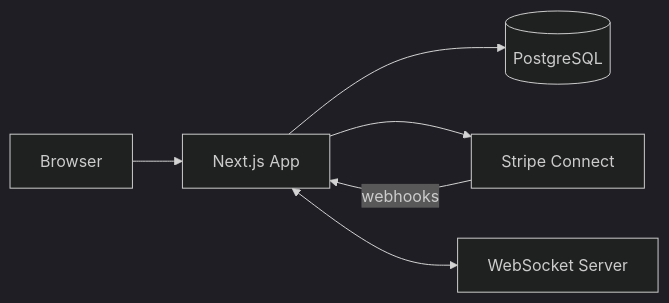
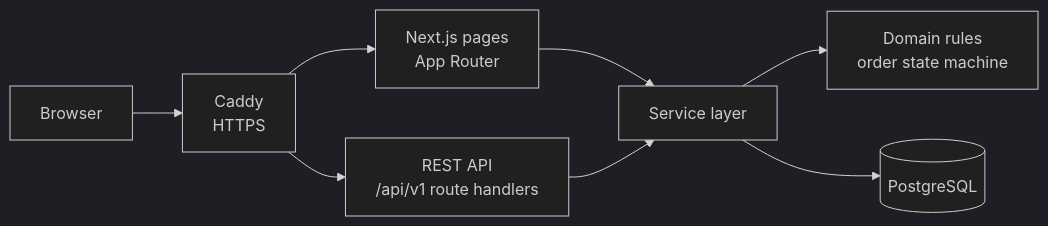
One commit to JapanDevV3/Tech-Freelance changed the diagram in README.md. Above: the diagram before and after it, drawn with Mermaid (dark theme). The commit also changed other lines of this file and 6 other files, not shown here.

````diff
--- a/README.md
+++ b/README.md
@@ -55,8 +64,10 @@
 ```mermaid
 flowchart LR
-  U[Browser] --> N[Next.js App]
-  N --> DB[(PostgreSQL)]
-  N --> S[Stripe Connect]
-  S -- webhooks --> N
-  N <--> WS[WebSocket Server]
+  U[Browser] --> C[Caddy<br/>HTTPS]
+  C --> P[Next.js pages<br/>App Router]
+  C --> A["REST API<br/>/api/v1 route handlers"]
+  P --> S[Service layer]
+  A --> S
+  S --> D[Domain rules<br/>order state machine]
+  S --> DB[(PostgreSQL)]
 ```
````
